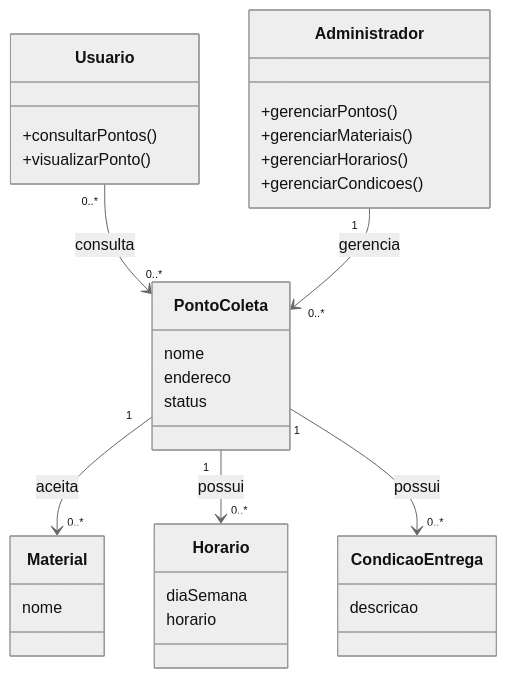
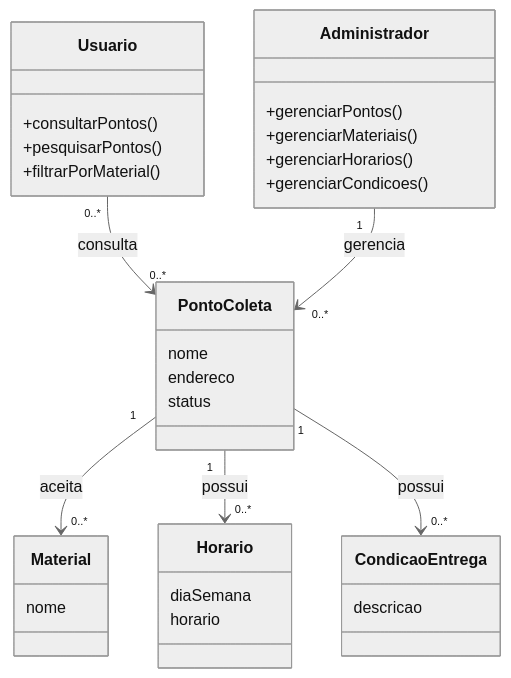
Before and after one commit to lucasensousa/coleta-mais: the second of 2 diagrams in docs/modelagem/modelagem.md, drawn with Mermaid (neutral theme). The commit also changed other lines of this file and 7 other files, not shown here.

````diff
--- a/docs/modelagem/modelagem.md
+++ b/docs/modelagem/modelagem.md
@@ -41,40 +45,40 @@
 ```mermaid
 classDiagram
-
     class Usuario {
         +consultarPontos()
-        +visualizarPonto()
+        +pesquisarPontos()
+        +filtrarPorMaterial()
     }
 
     class Administrador {
         +gerenciarPontos()
         +gerenciarMateriais()
         +gerenciarHorarios()
         +gerenciarCondicoes()
     }
 
     class PontoColeta {
         nome
         endereco
         status
     }
 
     class Material {
         nome
     }
 
     class Horario {
         diaSemana
         horario
     }
 
     class CondicaoEntrega {
         descricao
     }
 
     Usuario "0..*" --> "0..*" PontoColeta : consulta
     Administrador "1" --> "0..*" PontoColeta : gerencia
     PontoColeta "1" --> "0..*" Material : aceita
     PontoColeta "1" --> "0..*" Horario : possui
     PontoColeta "1" --> "0..*" CondicaoEntrega : possui
 ```
````
